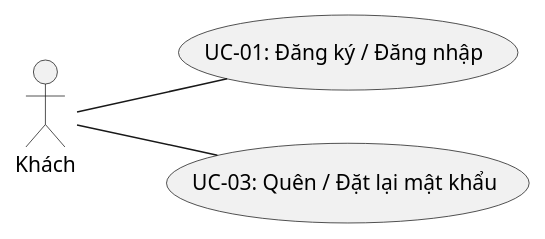
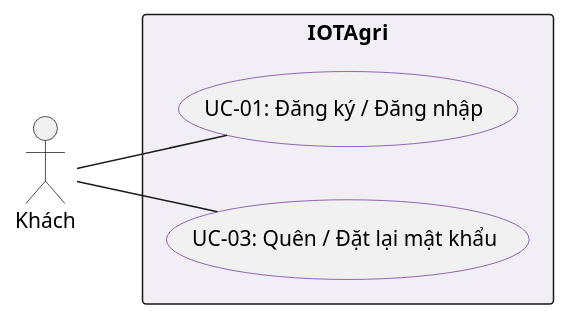
The first of 5 diagrams in docs/diagrams/use-case-overview.puml (huuanh1411/IOTAgri), drawn with PlantUML before and after one commit. The commit also changed other lines of this file and 17 other files, not shown here.

Commit message:
docs: match UML reference with actors outside system boundary

```diff
--- a/docs/diagrams/use-case-overview.puml
+++ b/docs/diagrams/use-case-overview.puml
@@ -1,13 +1,17 @@
 @startuml use-case-overview-guest
 left to right direction
 skinparam actorStyle stickman
 skinparam shadowing false
 skinparam linetype polyline
-' Một sơ đồ cho mỗi actor; không dùng khung bao.
-' SVG do render-use-cases.py xuất có actor ở giữa, use case tỏa ra hai bên.
+skinparam usecaseBorderColor #7138A0
+skinparam rectangleBackgroundColor #F1EEF5
+' Actor ở ngoài khung hệ thống; các use case bố trí so le bên trong.
+' SVG do render-use-cases.py xuất giữ bố cục theo hình mẫu UML.
 actor "Khách" as Guest
-usecase "UC-01: Đăng ký / Đăng nhập" as GuestUC1
-usecase "UC-03: Quên / Đặt lại mật khẩu" as GuestUC2
+rectangle "IOTAgri" {
+  usecase "UC-01: Đăng ký / Đăng nhập" as GuestUC1
+  usecase "UC-03: Quên / Đặt lại mật khẩu" as GuestUC2
+}
 Guest -- GuestUC1
 Guest -- GuestUC2
 @enduml
```
